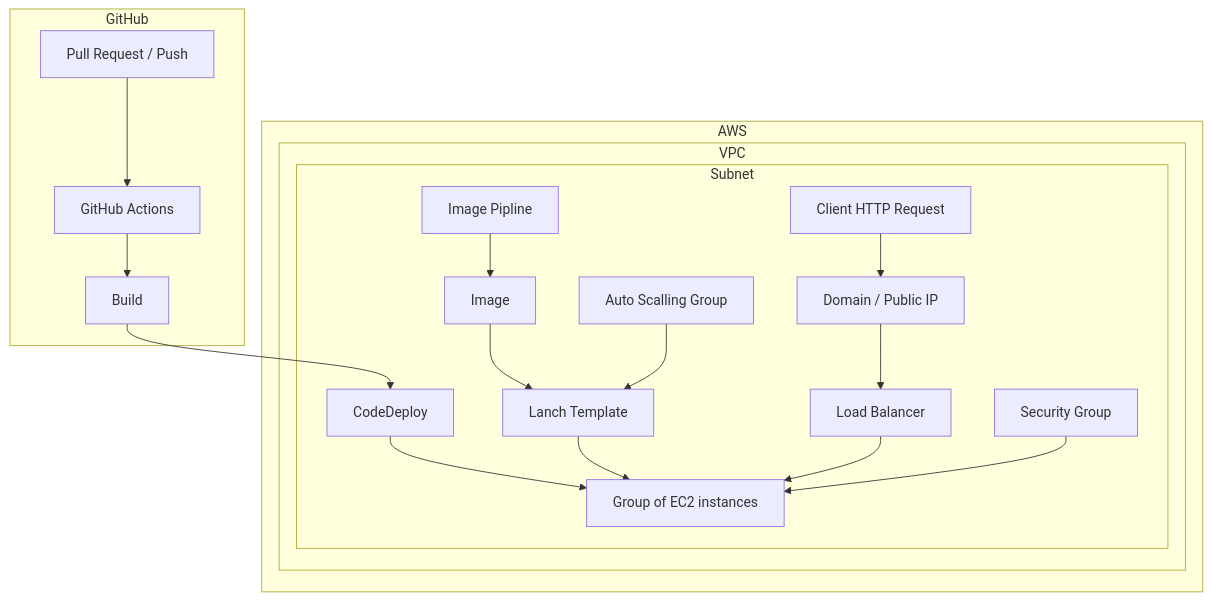
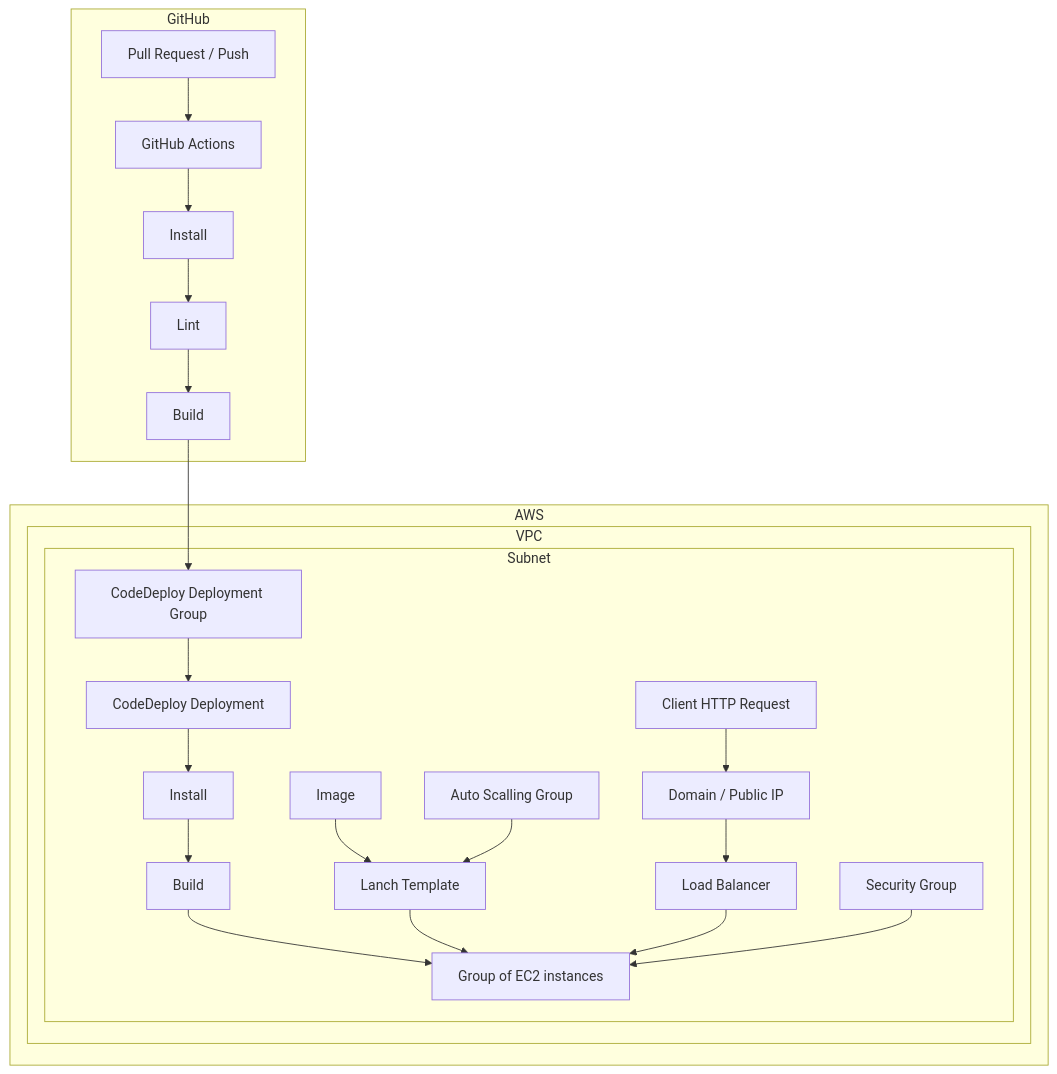
Before and after one commit to omer-priel/madabclick: the second of 2 diagrams in README.md, drawn with Mermaid. The commit also changed 5 other files, not shown here.

````diff
--- a/README.md
+++ b/README.md
@@ -30,20 +30,20 @@
 ```mermaid
 flowchart TD
   subgraph GitHub
-    PR[Pull Request / Push] --> GA[GitHub Actions] --> Build 
+    PR[Pull Request / Push] --> GA[GitHub Actions] --> GInstall[Install] --> GLint[Lint] --> GBuild[Build] 
   end
 
   subgraph AWS
     subgraph VPC
       subgraph Subnet
-        CodeDeploy --> EC2[Group of EC2 instances]
-        IP[Image Pipline] --> Image --> LT[Lanch Template]
+        CodeDeploy[CodeDeploy Deployment Group] --> Deployment[CodeDeploy Deployment] --> Install --> Build --> EC2[Group of EC2 instances]
+        Image --> LT[Lanch Template]
         ASG[Auto Scalling Group] --> LT --> EC2
         CHR[Client HTTP Request] --> Domain[Domain / Public IP] --> LB[Load Balancer] --> EC2
         SG[Security Group] --> EC2
       end
     end
   end
     
-  Build --> CodeDeploy
+  GBuild --> CodeDeploy
 ```
````
